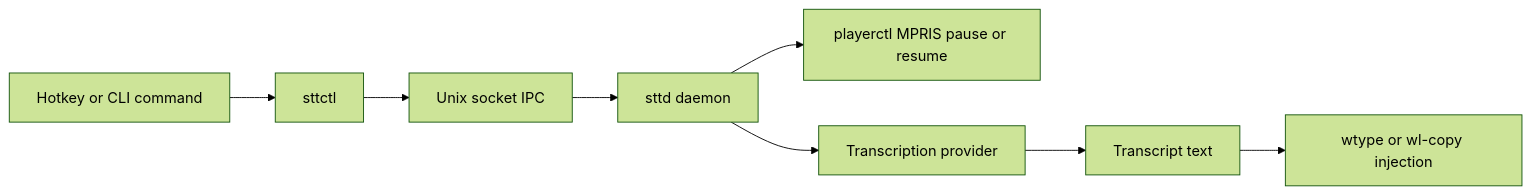
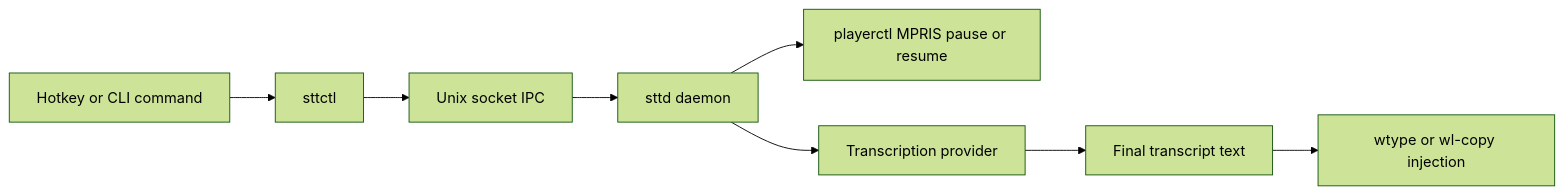
Before and after one commit to Saco93/saco-dictation-tool: the diagram in README.md, drawn with Mermaid (forest theme). The commit also changed other lines of this file and 26 other files, not shown here.

````diff
--- a/README.md
+++ b/README.md
@@ -41,10 +39,10 @@
 ```mermaid
 flowchart LR
     User[Hotkey or CLI command] --> CLI[sttctl]
     CLI --> IPC[Unix socket IPC]
     IPC --> Daemon[sttd daemon]
     Daemon --> Playback[playerctl MPRIS pause or resume]
     Daemon --> Provider[Transcription provider]
-    Provider --> Transcript[Transcript text]
+    Provider --> Transcript[Final transcript text]
     Transcript --> Output[wtype or wl-copy injection]
 ```
````
